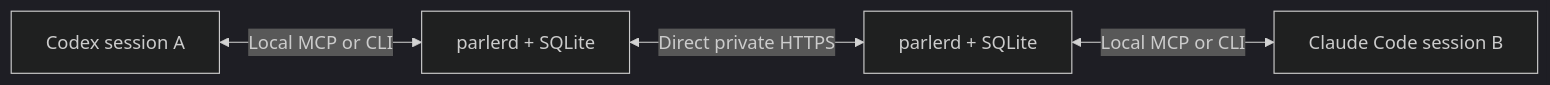
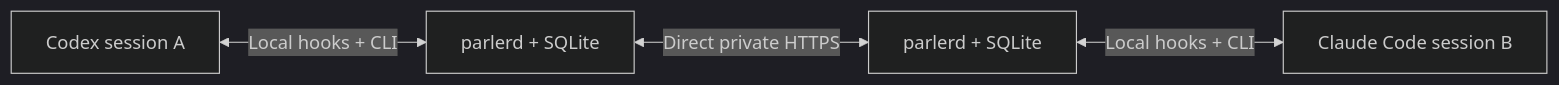
Before and after one commit to kerbinagent/parler: the diagram in README.md, drawn with Mermaid (dark theme). The commit also changed other lines of this file and 1 other file, not shown here.

Commit message:
docs: prefer hooks and CLI for initial session integration

````diff
--- a/README.md
+++ b/README.md
@@ -7,6 +7,6 @@
 ```mermaid
 flowchart LR
-    A[Codex session A] <-->|Local MCP or CLI| DA[parlerd + SQLite]
+    A[Codex session A] <-->|Local hooks + CLI| DA[parlerd + SQLite]
     DA <-->|Direct private HTTPS| DB[parlerd + SQLite]
-    DB <-->|Local MCP or CLI| B[Claude Code session B]
+    DB <-->|Local hooks + CLI| B[Claude Code session B]
 ```
````
